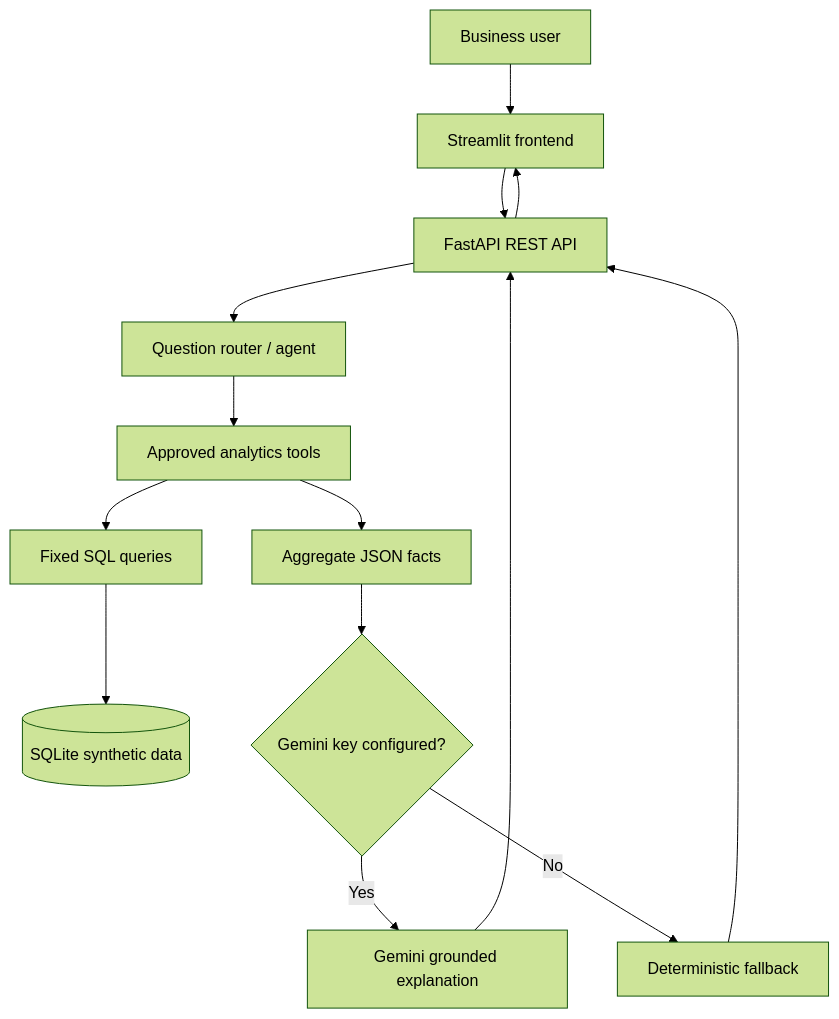
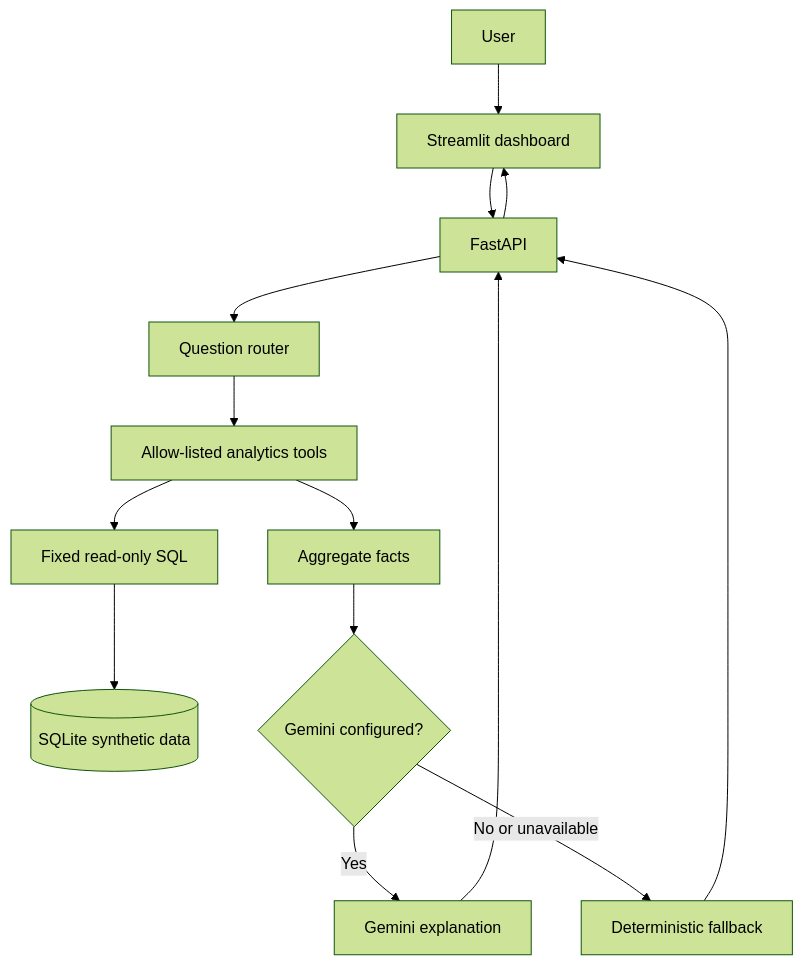
The diagram in README.md (HARSHDEEP-SINHA/phs-investments-business-analytics), drawn with Mermaid (forest theme) before and after one commit. The commit also changed other lines of this file, not shown here.

Commit message:
Rewrite README with clear setup, architecture, metrics, and evaluation scope

````diff
--- a/README.md
+++ b/README.md
@@ -55,16 +43,16 @@
 ```mermaid
 flowchart TD
-  U[Business user] --> UI[Streamlit frontend]
-  UI --> API[FastAPI REST API]
-  API --> A[Question router / agent]
-  A --> T[Approved analytics tools]
-  T --> SQL[Fixed SQL queries]
-  SQL --> DB[(SQLite synthetic data)]
-  T --> F[Aggregate JSON facts]
-  F --> G{Gemini key configured?}
-  G -->|Yes| L[Gemini grounded explanation]
-  G -->|No| D[Deterministic fallback]
-  L --> API
-  D --> API
-  API --> UI
+    U[User] --> UI[Streamlit dashboard]
+    UI --> API[FastAPI]
+    API --> R[Question router]
+    R --> T[Allow-listed analytics tools]
+    T --> SQL[Fixed read-only SQL]
+    SQL --> DB[(SQLite synthetic data)]
+    T --> F[Aggregate facts]
+    F --> G{Gemini configured?}
+    G -->|Yes| M[Gemini explanation]
+    G -->|No or unavailable| D[Deterministic fallback]
+    M --> API
+    D --> API
+    API --> UI
 ```
````
